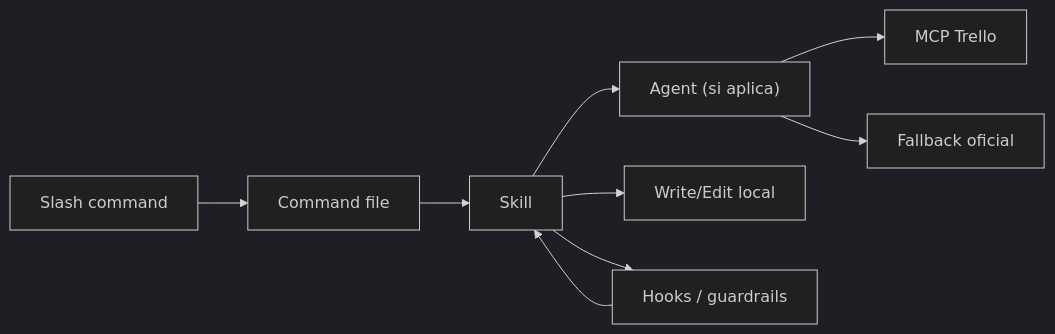
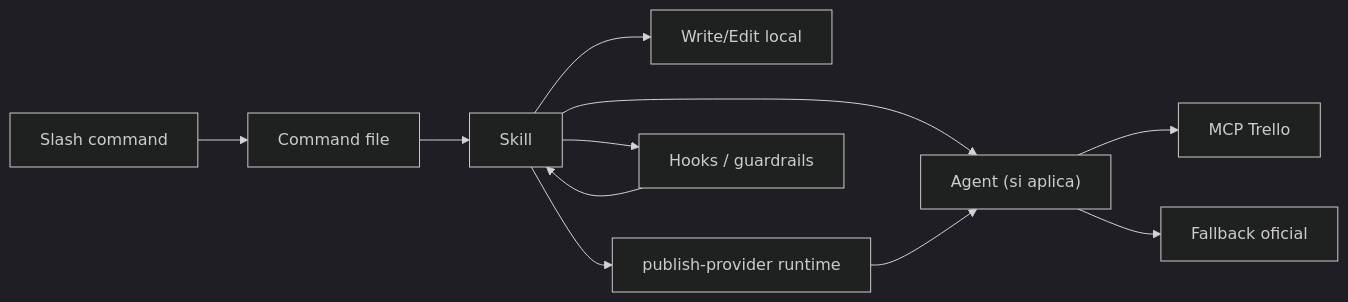
The first of 3 diagrams in Documents/architecture.md (686f6c61/PSPO-Agent), drawn with Mermaid (dark theme) before and after one commit. The commit also changed other lines of this file and 37 other files, not shown here.

````diff
--- a/Documents/architecture.md
+++ b/Documents/architecture.md
@@ -7,11 +7,13 @@
 ```mermaid
 flowchart LR
     A["Slash command"] --> B["Command file"]
     B --> C["Skill"]
     C --> D["Agent (si aplica)"]
     C --> E["Write/Edit local"]
+    C --> P["publish-provider runtime"]
+    P --> D
     D --> F["MCP Trello"]
     D --> G["Fallback oficial"]
     C --> H["Hooks / guardrails"]
     H --> C
 ```
````
